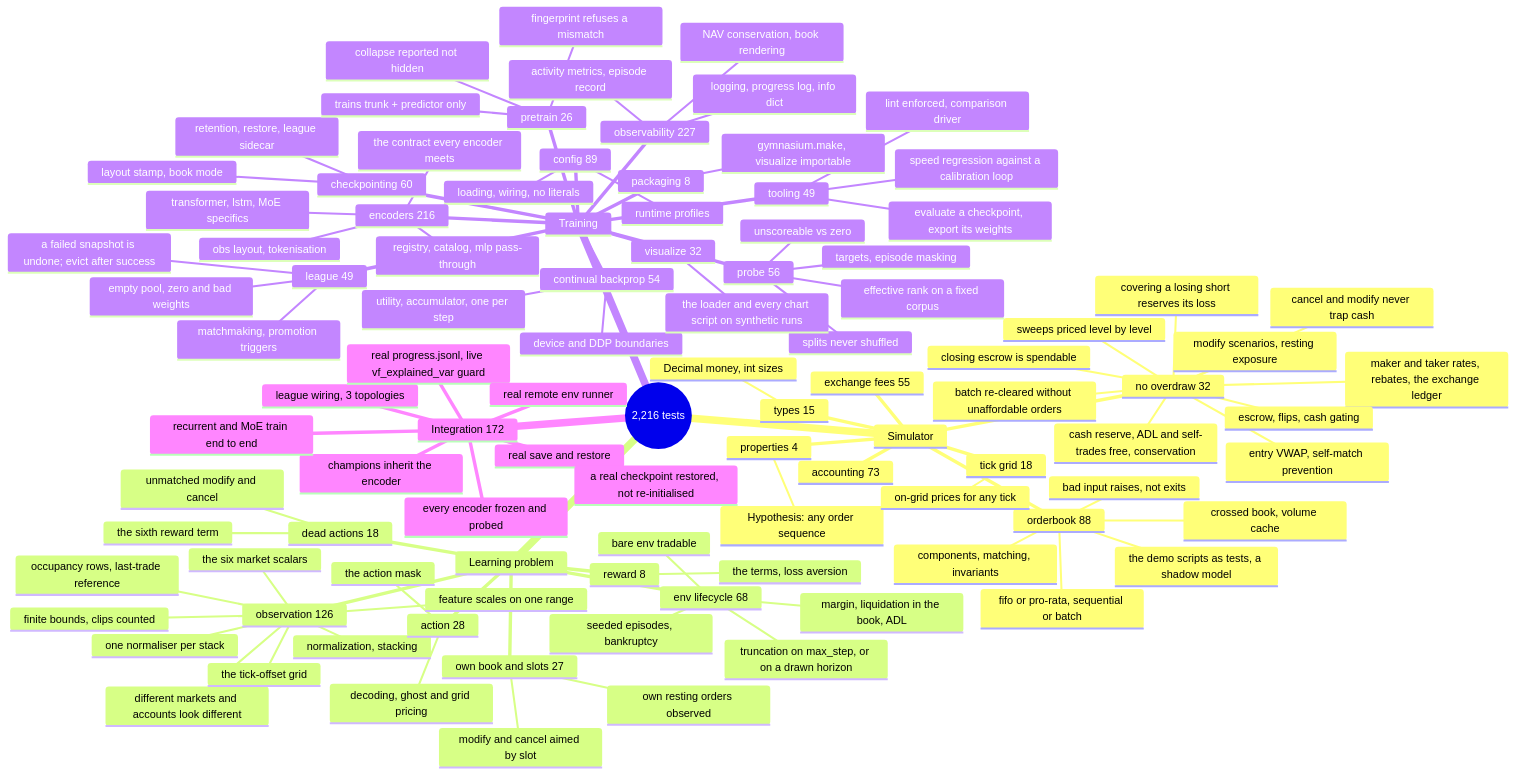
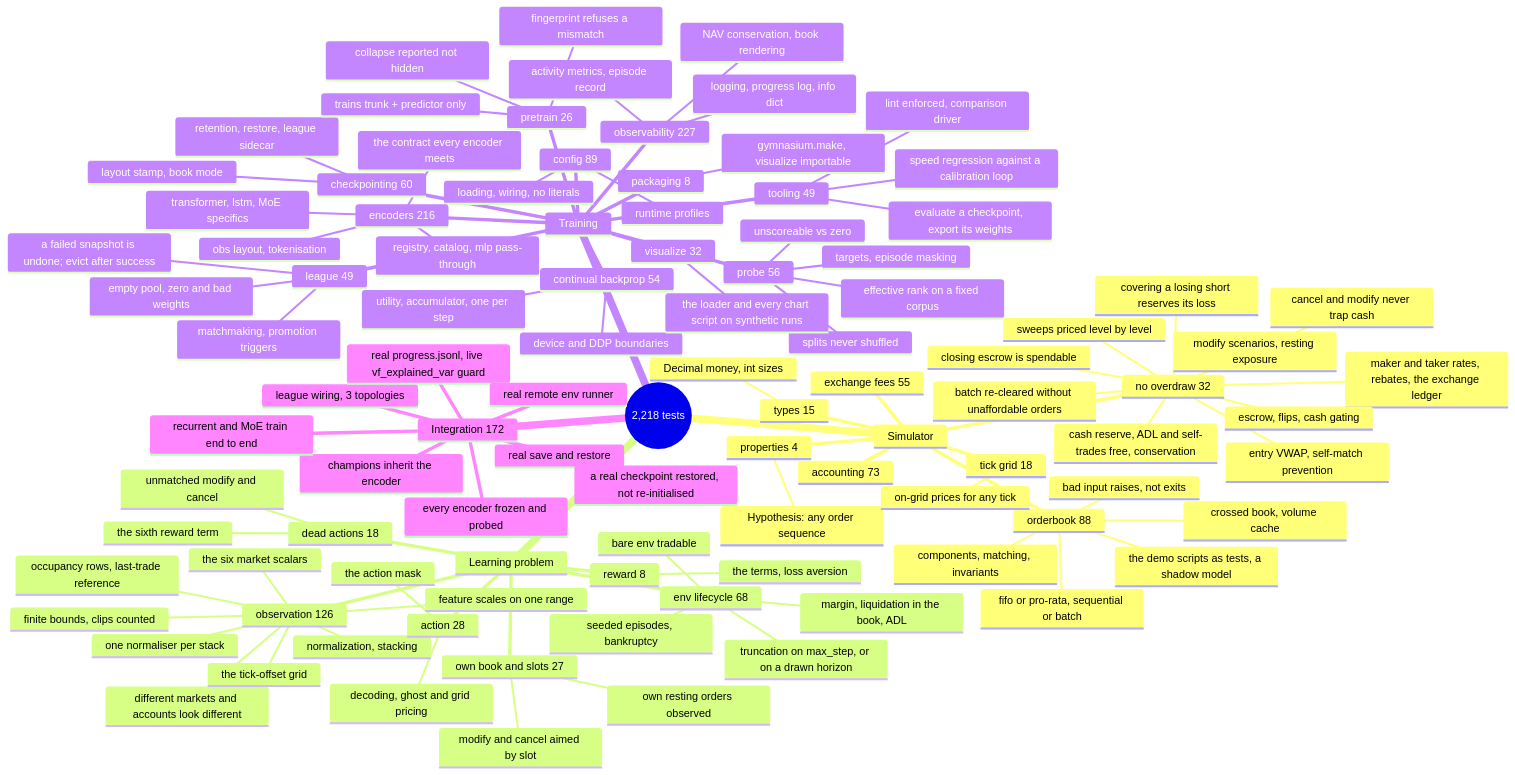
Before and after one commit to ChuaCheowHuan/gym-continuousDoubleAuction: the diagram in doc/10_testing.md, drawn with Mermaid. The commit also changed other lines of this file and 6 other files, not shown here.

````diff
--- a/doc/10_testing.md
+++ b/doc/10_testing.md
@@ -170,6 +170,6 @@
 ```mermaid
 mindmap
-  root((2,216 tests))
+  root((2,218 tests))
     Simulator
       orderbook 88
         the demo scripts as tests, a shadow model
````
